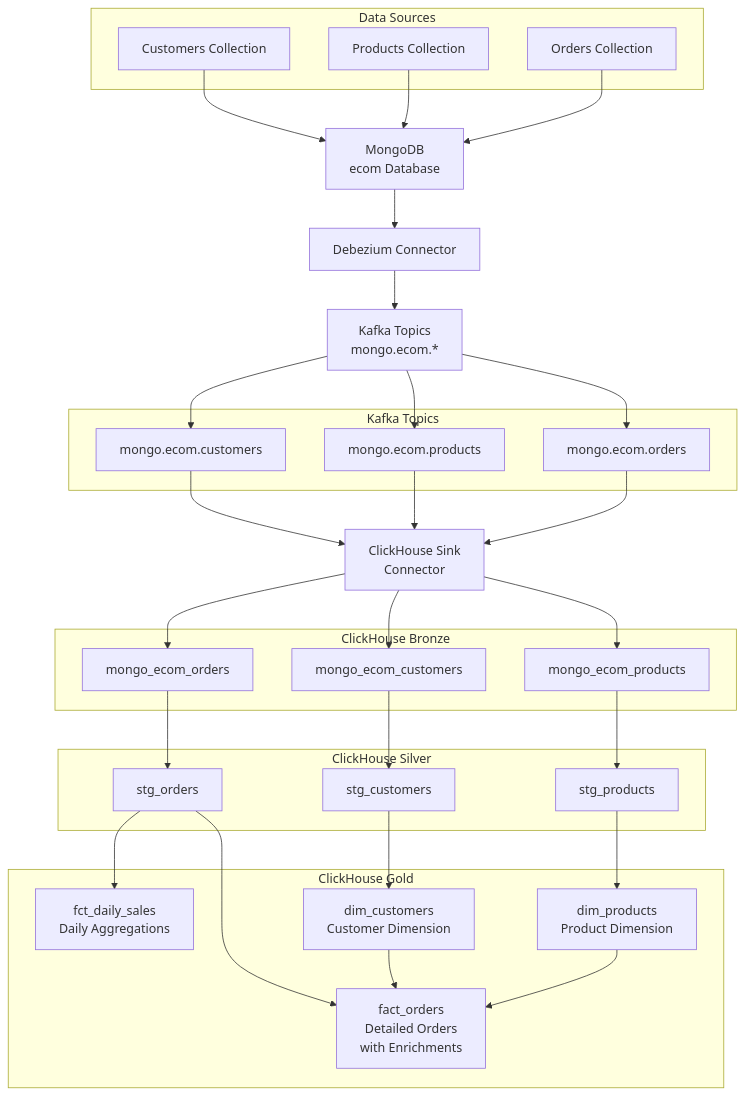
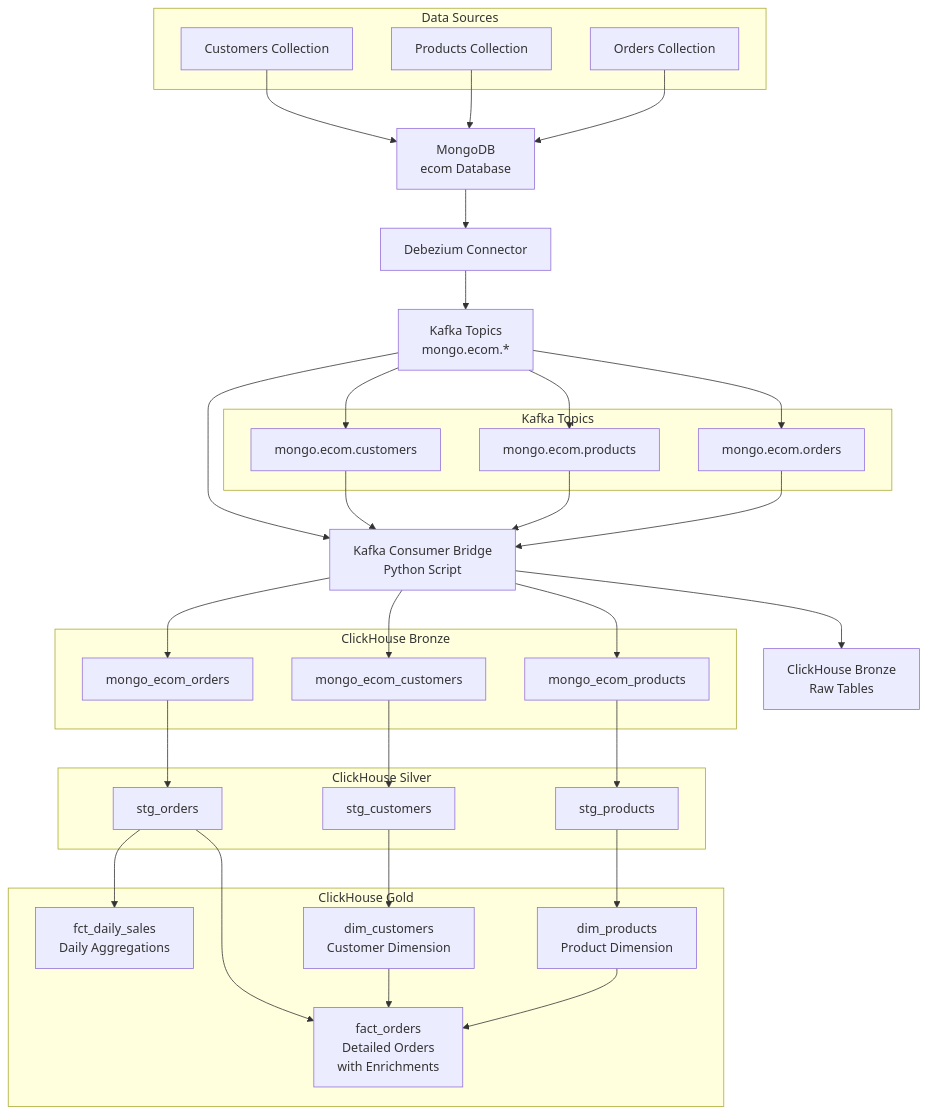
One commit to alponkk/Change-Data-Capture-E-Commerce changed the diagram in README.md. Above: the diagram before and after it, drawn with Mermaid. The commit also changed other lines of this file and 4 other files, not shown here.

First line of the commit message:
Enhance Kafka and ClickHouse integration in README and configuration files

````diff
--- a/README.md
+++ b/README.md
@@ -196,64 +325,65 @@
 ```mermaid
 graph TD
     A[MongoDB<br/>ecom Database] --> B[Debezium Connector]
     B --> C[Kafka Topics<br/>mongo.ecom.*]
-    D[ClickHouse Sink<br/>Connector]
+    C --> D[Kafka Consumer Bridge<br/>Python Script]
+    D --> E[ClickHouse Bronze<br/>Raw Tables]
     
     subgraph "Data Sources"
         A1[Customers Collection]
         A2[Products Collection] 
         A3[Orders Collection]
     end
     
     subgraph "Kafka Topics"
         C1[mongo.ecom.customers]
         C2[mongo.ecom.products]
         C3[mongo.ecom.orders]
     end
     
     subgraph "ClickHouse Bronze"
         E1[mongo_ecom_customers]
         E2[mongo_ecom_products]
         E3[mongo_ecom_orders]
     end
     
     subgraph "ClickHouse Silver"
         G1[stg_customers]
         G2[stg_products]
         G3[stg_orders]
     end
     
     subgraph "ClickHouse Gold"
         H1[fct_daily_sales<br/>Daily Aggregations]
         H2[dim_customers<br/>Customer Dimension]
         H3[dim_products<br/>Product Dimension]
         H4[fact_orders<br/>Detailed Orders<br/>with Enrichments]
     end
     
     A1 --> A
     A2 --> A
     A3 --> A
     
     C --> C1
     C --> C2
     C --> C3
     
     C1 --> D
     C2 --> D
     C3 --> D
     
     D --> E1
     D --> E2
     D --> E3
     
     E1 --> G1
     E2 --> G2
     E3 --> G3
     
     G1 --> H2
     G2 --> H3
     G3 --> H1
     G3 --> H4
     H2 --> H4
     H3 --> H4
 ```
````
